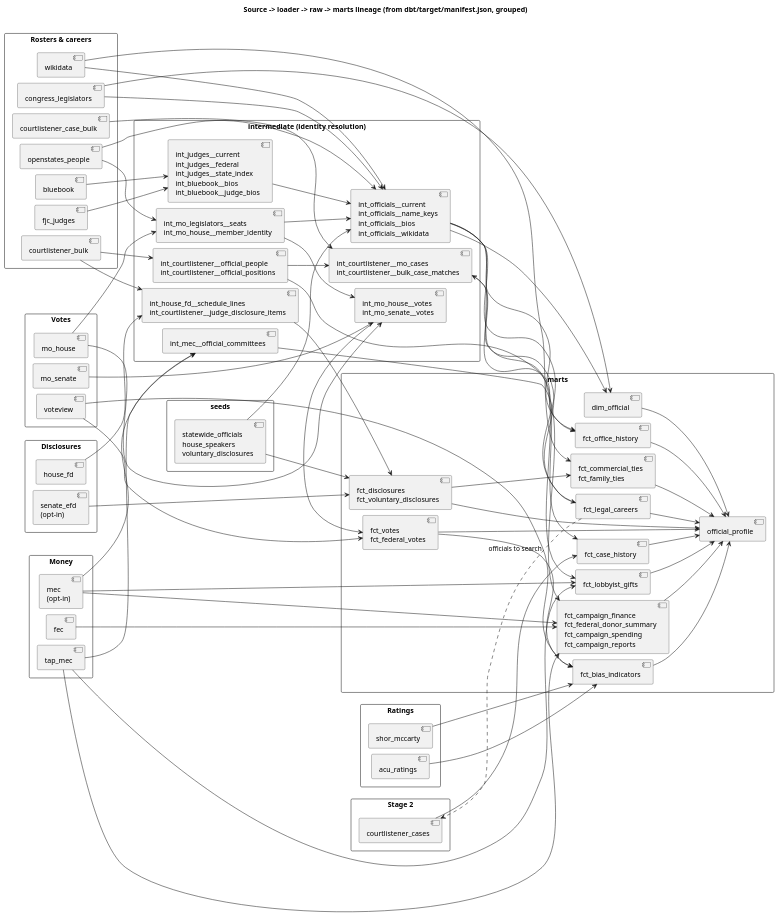
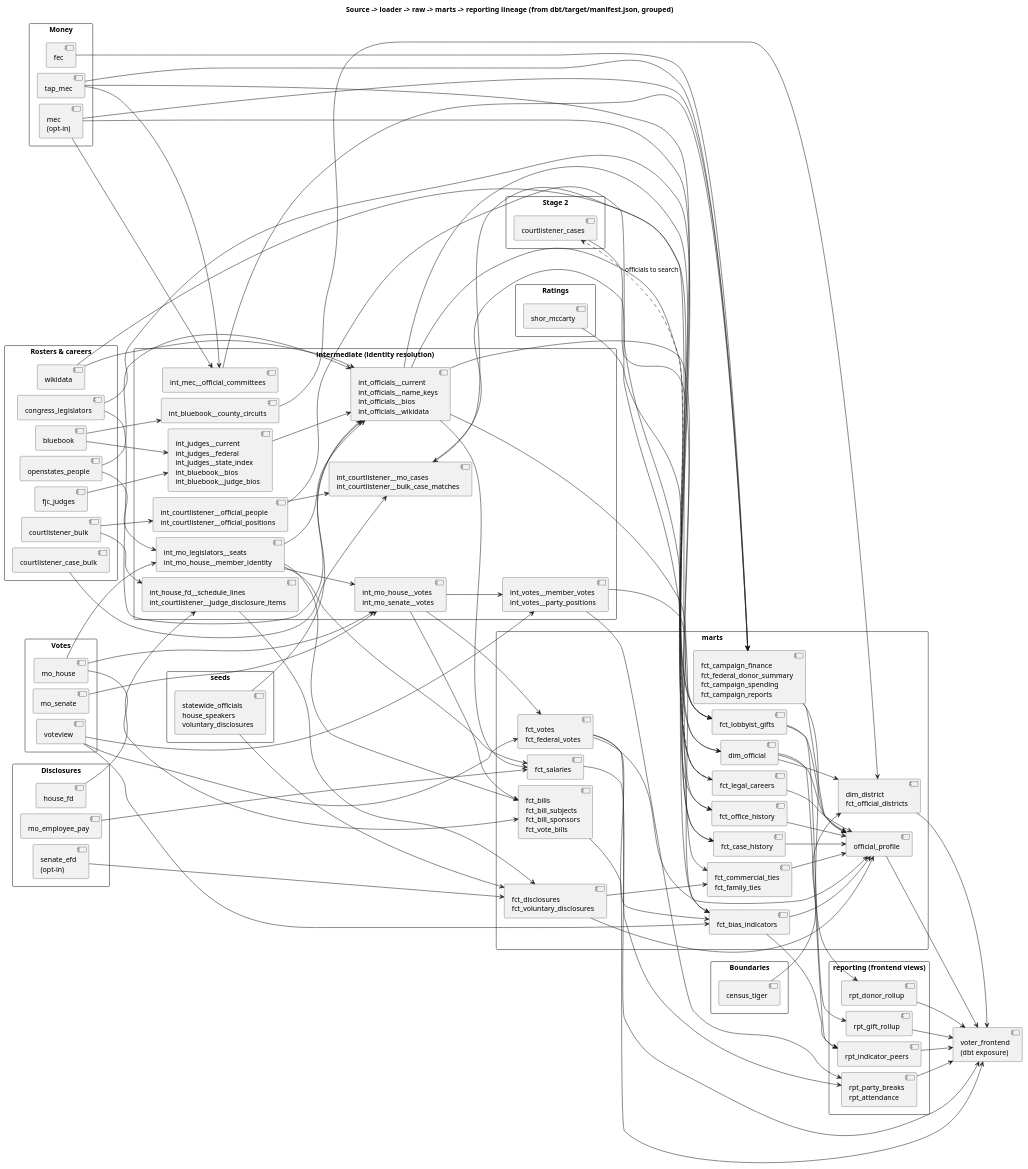
The diagram in docs/diagrams/lineage.puml (akettmann/missouri_gov_feed), drawn with PlantUML before and after one commit. The commit also changed 83 other files, not shown here.

```diff
--- a/docs/diagrams/lineage.puml
+++ b/docs/diagrams/lineage.puml
@@ -1,131 +1,175 @@
 @startuml lineage
-title Source -> loader -> raw -> marts lineage (from dbt/target/manifest.json, grouped)
+title Source -> loader -> raw -> marts -> reporting lineage (from dbt/target/manifest.json, grouped)
 left to right direction
 skinparam packageStyle rectangle
 skinparam nodesep 12
 skinparam ranksep 60
 
 package "Rosters & careers" {
   [openstates_people] as L_os
   [congress_legislators] as L_cl
   [bluebook] as L_bb
   [fjc_judges] as L_fjc
   [courtlistener_bulk] as L_clb
   [courtlistener_case_bulk] as L_ccb
   [wikidata] as L_wd
 }
 package "Votes" {
   [mo_house] as L_moh
   [mo_senate] as L_mos
   [voteview] as L_vv
 }
 package "Money" {
   [fec] as L_fec
   [tap_mec] as L_tap
   [mec\n(opt-in)] as L_mec
 }
 package "Disclosures" {
   [house_fd] as L_hfd
   [senate_efd\n(opt-in)] as L_efd
+  [mo_employee_pay] as L_pay
+}
+package "Boundaries" {
+  [census_tiger] as L_tiger
 }
 package "Ratings" {
-  [acu_ratings] as L_acu
   [shor_mccarty] as L_sm
 }
 package "Stage 2" {
   [courtlistener_cases] as L_cc
 }
 package "seeds" {
   [statewide_officials\nhouse_speakers\nvoluntary_disclosures] as SEEDS
 }
 
 package "intermediate (identity resolution)" {
   [int_officials__current\nint_officials__name_keys\nint_officials__bios\nint_officials__wikidata] as I_off
   [int_mo_legislators__seats\nint_mo_house__member_identity] as I_seats
+  [int_bluebook__county_circuits] as I_circ
   [int_mo_house__votes\nint_mo_senate__votes] as I_votes
+  [int_votes__member_votes\nint_votes__party_positions] as I_party
   [int_judges__current\nint_judges__federal\nint_judges__state_index\nint_bluebook__bios\nint_bluebook__judge_bios] as I_judges
   [int_mec__official_committees] as I_mec
   [int_house_fd__schedule_lines\nint_courtlistener__judge_disclosure_items] as I_fd
   [int_courtlistener__official_people\nint_courtlistener__official_positions] as I_clpos
   [int_courtlistener__mo_cases\nint_courtlistener__bulk_case_matches] as I_cases
 }
 
 package "marts" {
   [dim_official] as dim
+  [fct_salaries] as F_sal
+  [fct_bills\nfct_bill_subjects\nfct_bill_sponsors\nfct_vote_bills] as F_bills
+  [dim_district\nfct_official_districts] as D_dist
   [fct_votes\nfct_federal_votes] as F_votes
   [fct_campaign_finance\nfct_federal_donor_summary\nfct_campaign_spending\nfct_campaign_reports] as F_money
   [fct_lobbyist_gifts] as F_gifts
   [fct_disclosures\nfct_voluntary_disclosures] as F_disc
   [fct_bias_indicators] as F_bias
   [fct_office_history] as F_office
   [fct_commercial_ties\nfct_family_ties] as F_ties
   [fct_legal_careers] as F_legal
   [fct_case_history] as F_cases
   [official_profile] as profile
 }
+
+package "reporting (frontend views)" {
+  [rpt_indicator_peers] as R_peers
+  [rpt_party_breaks\nrpt_attendance] as R_votes
+  [rpt_donor_rollup] as R_money
+  [rpt_gift_rollup] as R_gifts
+}
+[voter_frontend\n(dbt exposure)] as EXP
 
 L_os --> I_seats
 L_os --> I_off
 L_cl --> I_off
 L_cl --> dim
 L_bb --> I_judges
 L_fjc --> I_judges
 L_clb --> I_fd
 L_clb --> I_clpos
 L_wd --> I_off
 SEEDS --> I_off
 I_judges --> I_off
 I_seats --> I_off
 I_off --> dim
 
 L_moh --> I_seats
 L_moh --> I_votes
 L_mos --> I_votes
 I_seats --> I_votes
 I_votes --> F_votes
 L_vv --> F_votes
 L_vv --> F_bias
+I_votes --> I_party
+L_vv --> I_party
+I_party --> F_bias
 
 L_fec --> F_money
 L_tap --> I_mec
 L_tap --> F_money
 L_tap --> F_gifts
 L_mec --> I_mec
 L_mec --> F_money
 L_mec --> F_gifts
 I_mec --> F_money
 I_off --> F_gifts
 
 L_hfd --> I_fd
 L_efd --> F_disc
 I_fd --> F_disc
 SEEDS --> F_disc
 
-L_acu --> F_bias
 L_sm --> F_bias
 F_votes --> F_bias
 
 I_off --> F_office
 I_clpos --> F_office
 L_wd --> F_ties
 F_disc --> F_ties
 I_off --> F_legal
 
 F_legal ..> L_cc : officials to search
 F_legal --> I_cases
 I_clpos --> I_cases
 L_ccb --> I_cases
 I_cases --> F_cases
 L_cc --> F_cases
 
 dim --> profile
 F_votes --> profile
 F_money --> profile
 F_gifts --> profile
 F_disc --> profile
 F_bias --> profile
 F_office --> profile
 F_ties --> profile
 F_legal --> profile
 F_cases --> profile
+
+L_tiger --> D_dist
+L_pay --> F_sal
+I_seats --> F_sal
+I_off --> F_sal
+F_sal --> EXP
+L_moh --> F_bills
+I_votes --> F_bills
+I_seats --> F_bills
+F_bills --> EXP
+L_bb --> I_circ
+I_circ --> D_dist
+dim --> D_dist
+D_dist --> EXP
+
+F_bias --> R_peers
+dim --> R_peers
+F_votes --> R_votes
+I_party --> R_votes
+F_money --> R_money
+F_gifts --> R_gifts
+R_peers --> EXP
+R_votes --> EXP
+R_money --> EXP
+R_gifts --> EXP
+profile --> EXP
 @enduml
```
